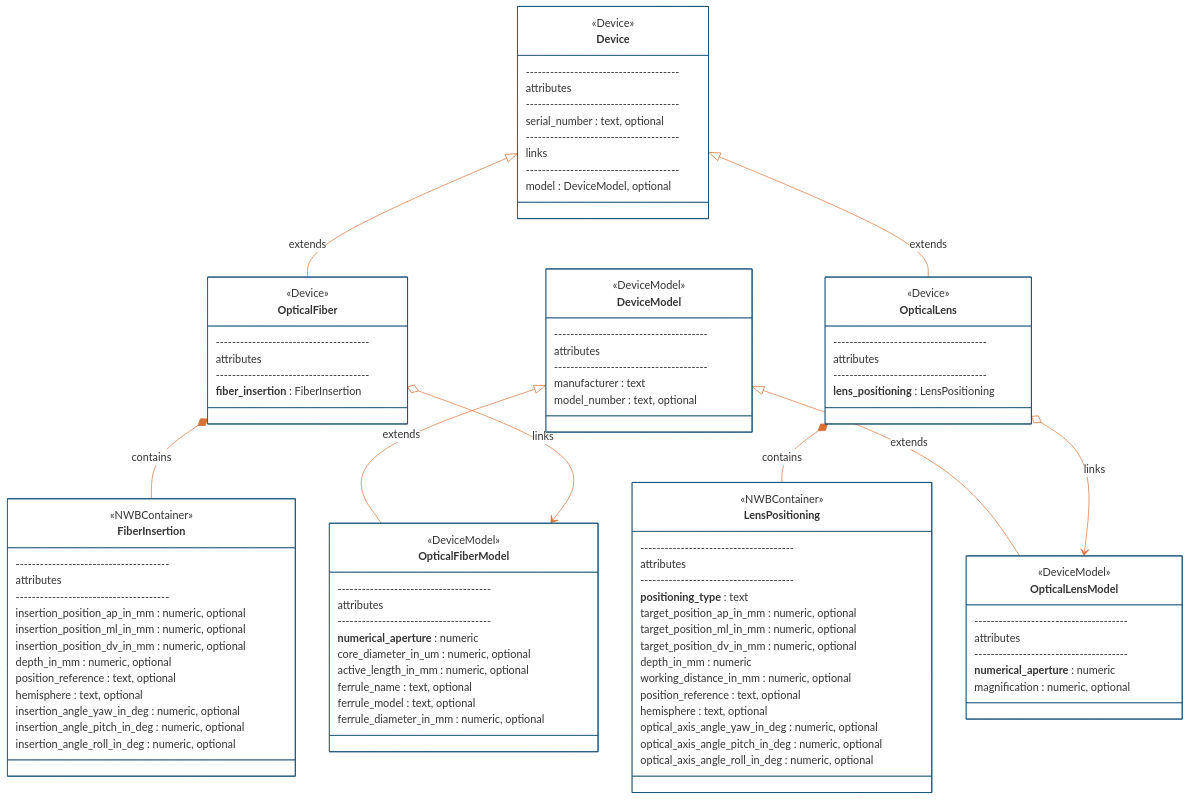
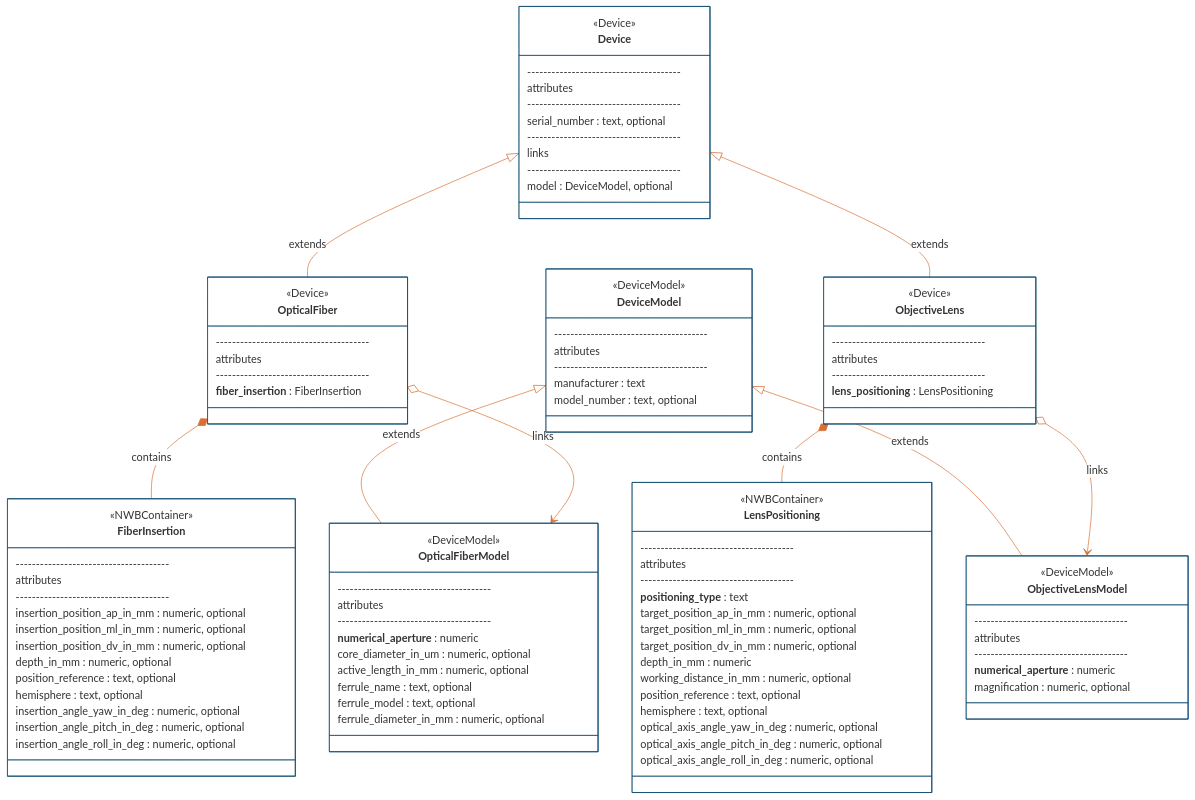
The third of 4 diagrams in README.md (catalystneuro/ndx-ophys-devices), drawn with Mermaid before and after one commit. The commit also changed other lines of this file and 10 other files, not shown here.

````diff
--- a/README.md
+++ b/README.md
@@ -551,7 +551,7 @@
         optical_axis_angle_roll_in_deg : numeric, optional
     }
 
-    class OpticalLensModel{
+    class ObjectiveLensModel{
         <<DeviceModel>>
         --------------------------------------
         attributes
@@ -560,7 +560,7 @@
         magnification : numeric, optional
     }
     
-    class OpticalLens{
+    class ObjectiveLens{
         <<Device>>
         --------------------------------------
         attributes
@@ -573,8 +573,8 @@
     OpticalFiber *-- FiberInsertion : contains
     OpticalFiber o--> OpticalFiberModel : links
 
-    DeviceModel <|-- OpticalLensModel : extends
-    Device <|-- OpticalLens : extends
-    OpticalLens *-- LensPositioning : contains
-    OpticalLens o--> OpticalLensModel : links
+    DeviceModel <|-- ObjectiveLensModel : extends
+    Device <|-- ObjectiveLens : extends
+    ObjectiveLens *-- LensPositioning : contains
+    ObjectiveLens o--> ObjectiveLensModel : links
 ```
````
